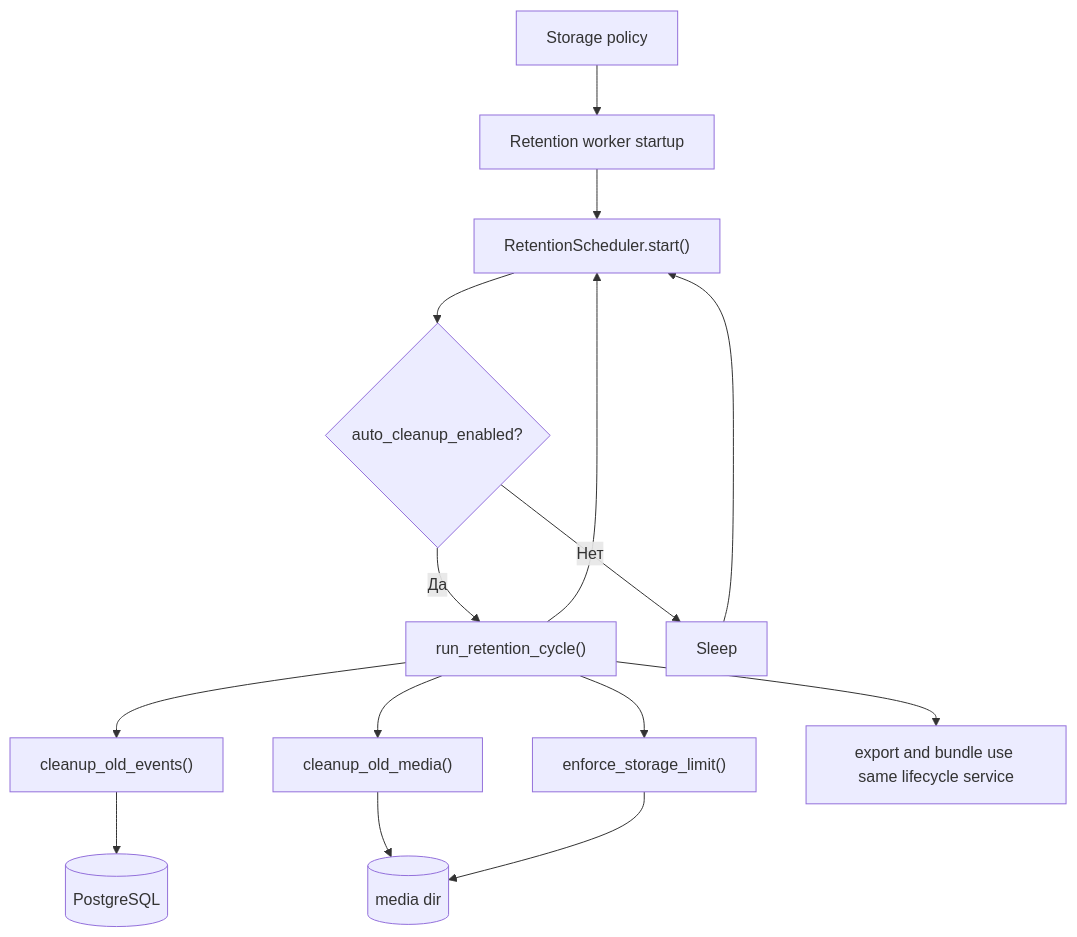
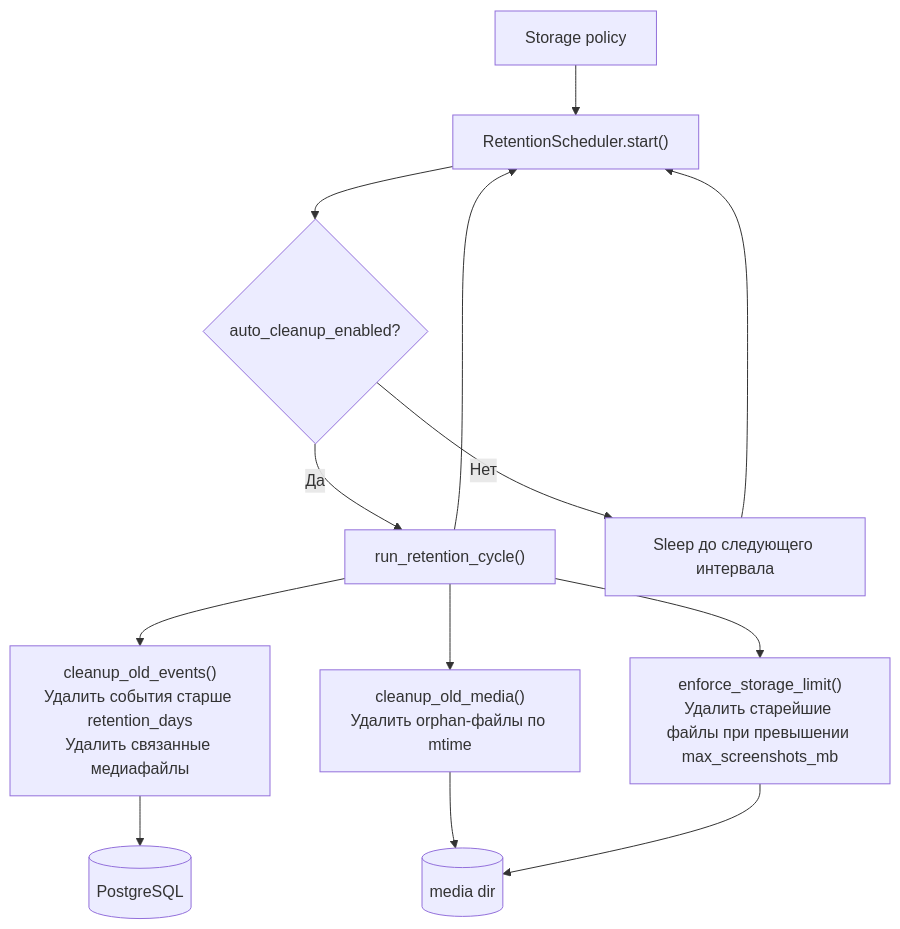
Before and after one commit to quick-1y/ANPR-System-web: the fifth of 5 diagrams in README.md, drawn with Mermaid. The commit also changed other lines of this file and 1 other file, not shown here.

````diff
--- a/README.md
+++ b/README.md
@@ -373,20 +499,17 @@
 ```mermaid
 flowchart TD
-    A["Storage policy"] --> B["Retention worker startup"]
-    B --> C["RetentionScheduler.start()"]
-    C --> D{"auto_cleanup_enabled?"}
-    D -->|Да| E["run_retention_cycle()"]
-    D -->|Нет| J["Sleep"]
+    A["Storage policy"] --> B["RetentionScheduler.start()"]
+    B --> C{"auto_cleanup_enabled?"}
+    C -->|Да| D["run_retention_cycle()"]
+    C -->|Нет| J["Sleep до следующего интервала"]
+    J --> B
 
-    E --> F["cleanup_old_events()"]
-    E --> G["cleanup_old_media()"]
-    E --> H["enforce_storage_limit()"]
-    E --> I["export and bundle use same lifecycle service"]
+    D --> F["cleanup_old_events()\nУдалить события старше retention_days\nУдалить связанные медиафайлы"]
+    D --> G["cleanup_old_media()\nУдалить orphan-файлы по mtime"]
+    D --> H["enforce_storage_limit()\nУдалить старейшие файлы при превышении max_screenshots_mb"]
+    D --> B
 
-    F --> K[("PostgreSQL")]
-    G --> L[("media dir")]
-    H --> L
-
-    J --> C
-    E --> C
+    F --> PG[("PostgreSQL")]
+    G --> MEDIA[("media dir")]
+    H --> MEDIA
 ```
````
